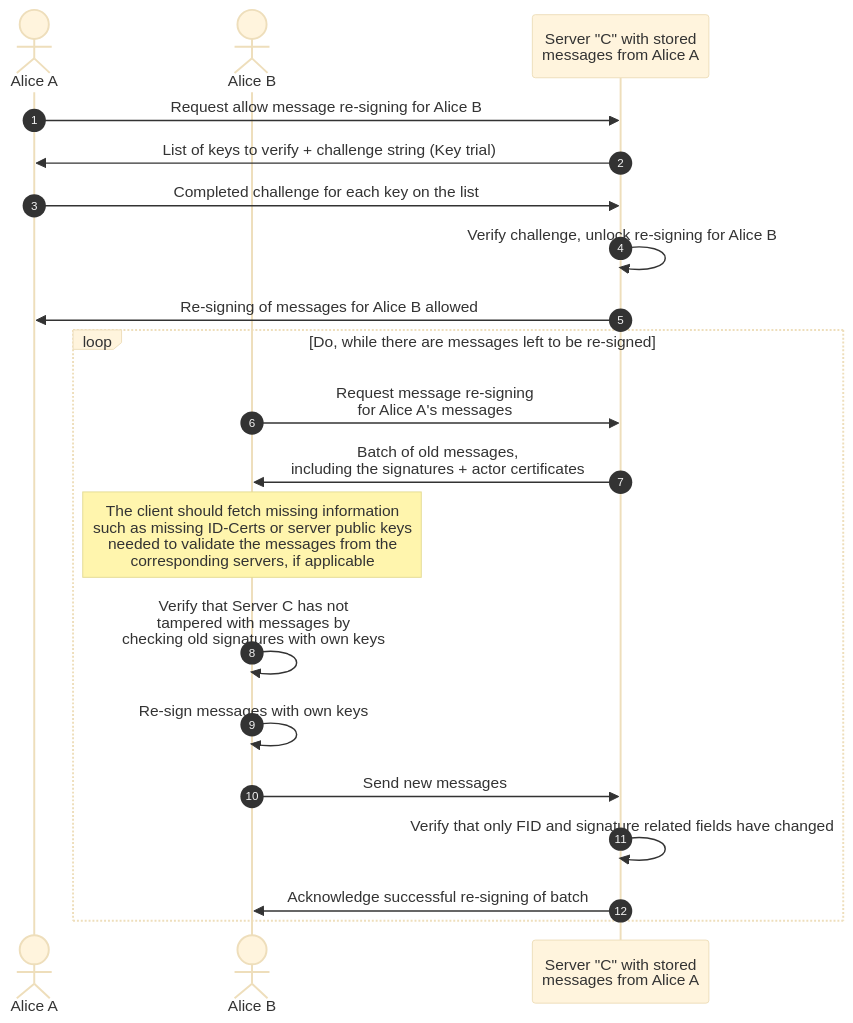
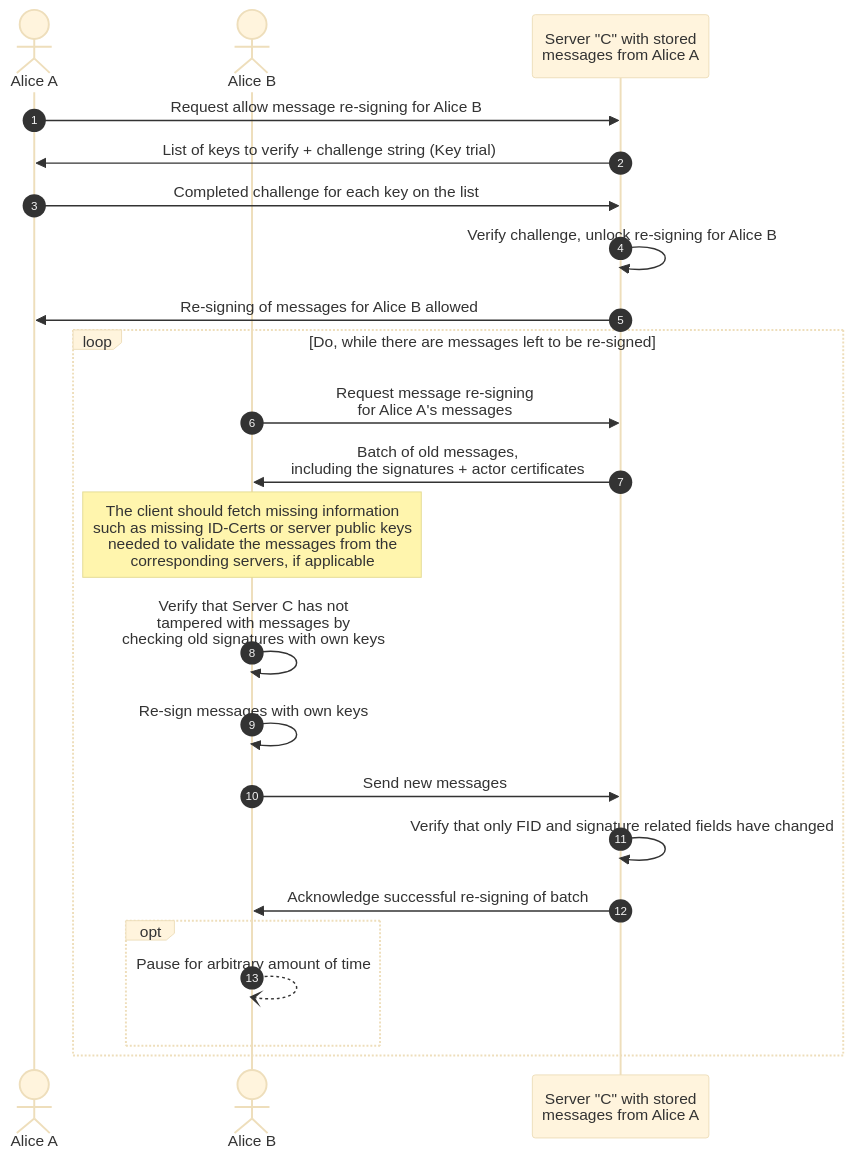
One commit to polyphony-chat/docs changed the sixth of 8 diagrams in docs/Protocol Specifications/core.md. Above: the diagram before and after it, drawn with Mermaid (base theme). The commit also changed other lines of this file, not shown here.

Commit message:
Improve wording, rework sequence diagrams in 7.1.1, 7.2

````diff
--- a/docs/Protocol Specifications/core.md
+++ b/docs/Protocol Specifications/core.md
@@ -880,24 +915,27 @@
 ```mermaid
 sequenceDiagram
 autonumber
 
 actor aa as Alice A
 actor ab as Alice B
 participant sc as Server "C" with stored<br/>messages from Alice A
 
 aa->>sc: Request allow message re-signing for Alice B
 sc->>aa: List of keys to verify + challenge string (Key trial)
 aa->>sc: Completed challenge for each key on the list
 sc->>sc: Verify challenge, unlock re-signing for Alice B
 sc->>aa: Re-signing of messages for Alice B allowed
 loop Do, while there are messages left to be re-signed
   ab->>sc: Request message re-signing<br/>for Alice A's messages
   sc->>ab: Batch of old messages,<br/>including the signatures + actor certificates
     Note over ab: The client should fetch missing information<br/>such as missing ID-Certs or server public keys<br/>needed to validate the messages from the<br/>corresponding servers, if applicable
   ab->>ab: Verify that Server C has not<br/>tampered with messages by<br/>checking old signatures with own keys
   ab->>ab: Re-sign messages with own keys
   ab->>sc: Send new messages
   sc->>sc: Verify that only FID and signature related fields have changed
   sc->>ab: Acknowledge successful re-signing of batch
+  opt
+    ab--)ab: Pause for arbitrary amount of time
+  end
 end
 ```
````
